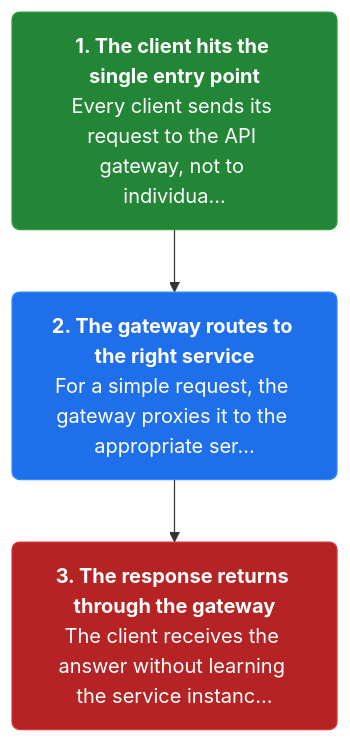
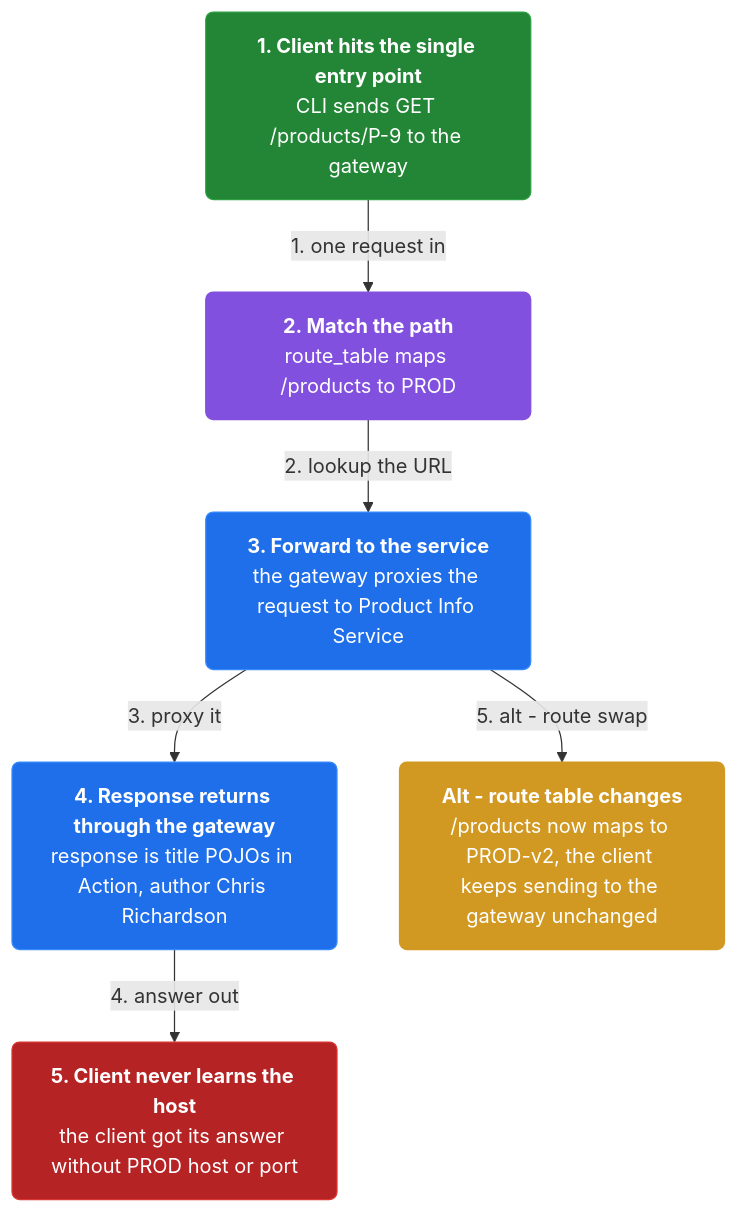
Before and after one commit to vinayakuber/microservices-io-study-guide: the second of 4 diagrams in docs/ch23-api-gateway.md, drawn with Mermaid. The commit also changed other lines of this file and 46 other files, not shown here.

First line of the commit message:
Author rich branching flow diagrams for all 44 chapters

````diff
--- a/docs/ch23-api-gateway.md
+++ b/docs/ch23-api-gateway.md
@@ -51,11 +61,19 @@
 ```mermaid
 flowchart TD
-  classDef step fill:#1f6feb,color:#ffffff,stroke:#388bfd,stroke-width:1px,rx:6
+  classDef step fill:#1f6feb,color:#ffffff,stroke:#388bfd,rx:6
+  classDef core fill:#8250df,color:#ffffff,stroke:#8250df,rx:6
+  classDef warn fill:#d29922,color:#ffffff,stroke:#d29922,rx:6
   classDef start fill:#238636,color:#ffffff,stroke:#2ea043,rx:6
   classDef stop fill:#b62324,color:#ffffff,stroke:#da3633,rx:6
-  s1n0["<b>1. The client hits the single entry point</b><br/>Every client sends its request to the API gateway, not to individua…"]:::start
-  s1n1["<b>2. The gateway routes to the right service</b><br/>For a simple request, the gateway proxies it to the appropriate ser…"]:::step
-  s1n2["<b>3. The response returns through the gateway</b><br/>The client receives the answer without learning the service instanc…"]:::stop
-  s1n0 --> s1n1
-  s1n1 --> s1n2
+  n0["<b>1. Client hits the single entry point</b><br/>CLI sends GET /products/P-9 to the gateway"]:::start
+  n1["<b>2. Match the path</b><br/>route_table maps /products to PROD"]:::core
+  n2["<b>3. Forward to the service</b><br/>the gateway proxies the request to Product Info Service"]:::step
+  n3["<b>4. Response returns through the gateway</b><br/>response is title POJOs in Action, author Chris Richardson"]:::step
+  n4["<b>5. Client never learns the host</b><br/>the client got its answer without PROD host or port"]:::stop
+  n5["<b>Alt - route table changes</b><br/>/products now maps to PROD-v2, the client keeps sending to the gateway unchanged"]:::warn
+  n0 -->|"1. one request in"| n1
+  n1 -->|"2. lookup the URL"| n2
+  n2 -->|"3. proxy it"| n3
+  n3 -->|"4. answer out"| n4
+  n2 -->|"5. alt - route swap"| n5
 ```
````
